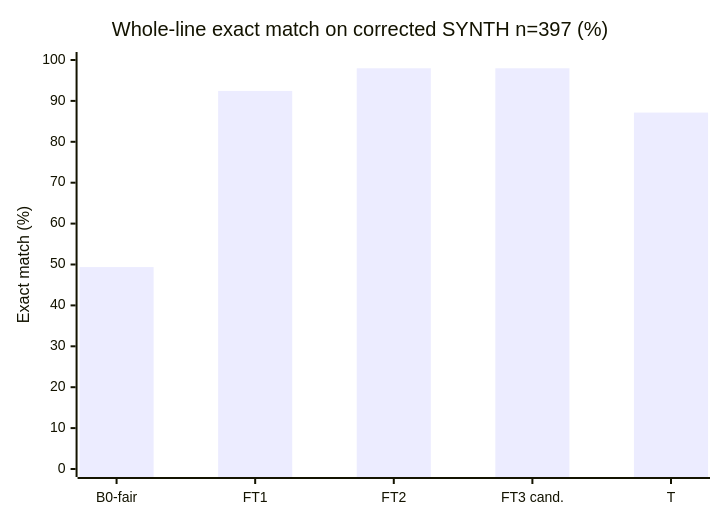
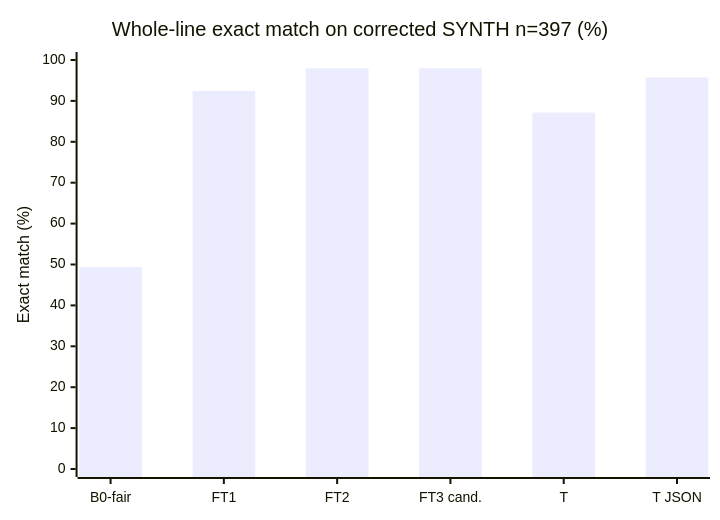
Before and after one commit to Vedant817/aaji-pill-clerk: the third of 4 diagrams in eval/results.md, drawn with Mermaid. The commit also changed other lines of this file and 15 other files, not shown here.

````diff
--- a/eval/results.md
+++ b/eval/results.md
@@ -188,7 +192,7 @@
 ```mermaid
 xychart-beta
     title "Whole-line exact match on corrected SYNTH n=397 (%)"
-    x-axis ["B0-fair", "FT1", "FT2", "FT3 cand.", "T"]
+    x-axis ["B0-fair", "FT1", "FT2", "FT3 cand.", "T", "T JSON"]
     y-axis "Exact match (%)" 0 --> 100
-    bar [49.37, 92.44, 97.98, 97.98, 87.15]
+    bar [49.37, 92.44, 97.98, 97.98, 87.15, 95.72]
 ```
````
